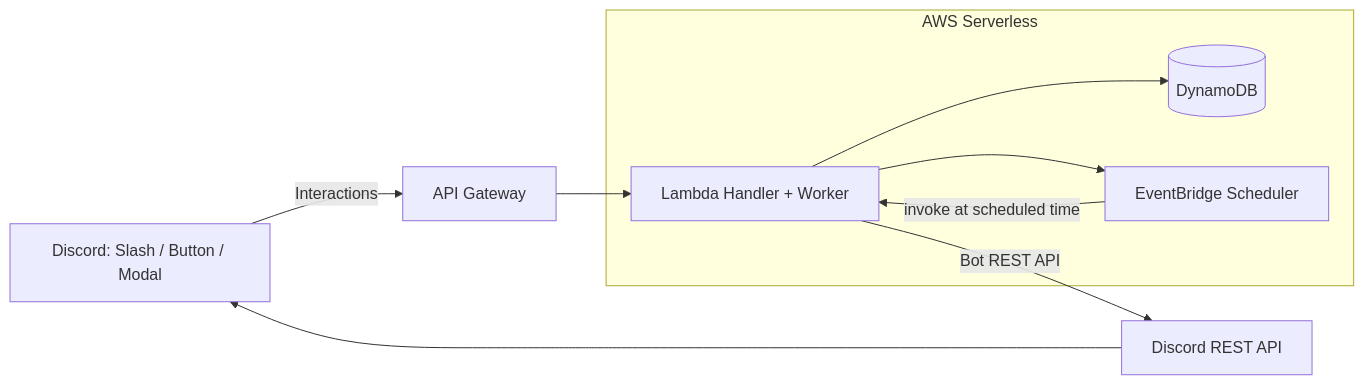
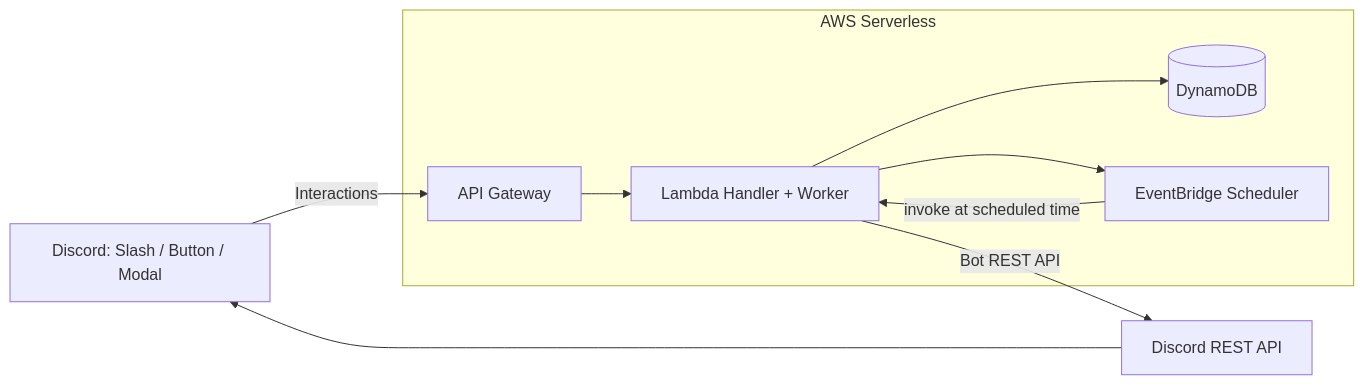
Before and after one commit to shishigam/discord_bot: the diagram in README.md, drawn with Mermaid. The commit also changed other lines of this file, not shown here.

Commit message:
APIGWをsubgraph AWSに入れた

````diff
--- a/README.md
+++ b/README.md
@@ -14,18 +14,20 @@
 ```mermaid
 flowchart LR
-  Discord["Discord: Slash / Button / Modal"] -->|Interactions| APIGW["API Gateway"]
+  Discord["Discord: Slash / Button / Modal"]
 
   subgraph AWS["AWS Serverless"]
+    APIGW["API Gateway"]
     Lambda["Lambda Handler + Worker"]
     DDB[(DynamoDB)]
     Scheduler["EventBridge Scheduler"]
   end
 
+  Discord -->|Interactions| APIGW
   APIGW --> Lambda
   Lambda --> DDB
   Lambda --> Scheduler
   Scheduler -->|invoke at scheduled time| Lambda
 
   Lambda -->|Bot REST API| DiscordAPI["Discord REST API"]
   DiscordAPI --> Discord
 ```
````
